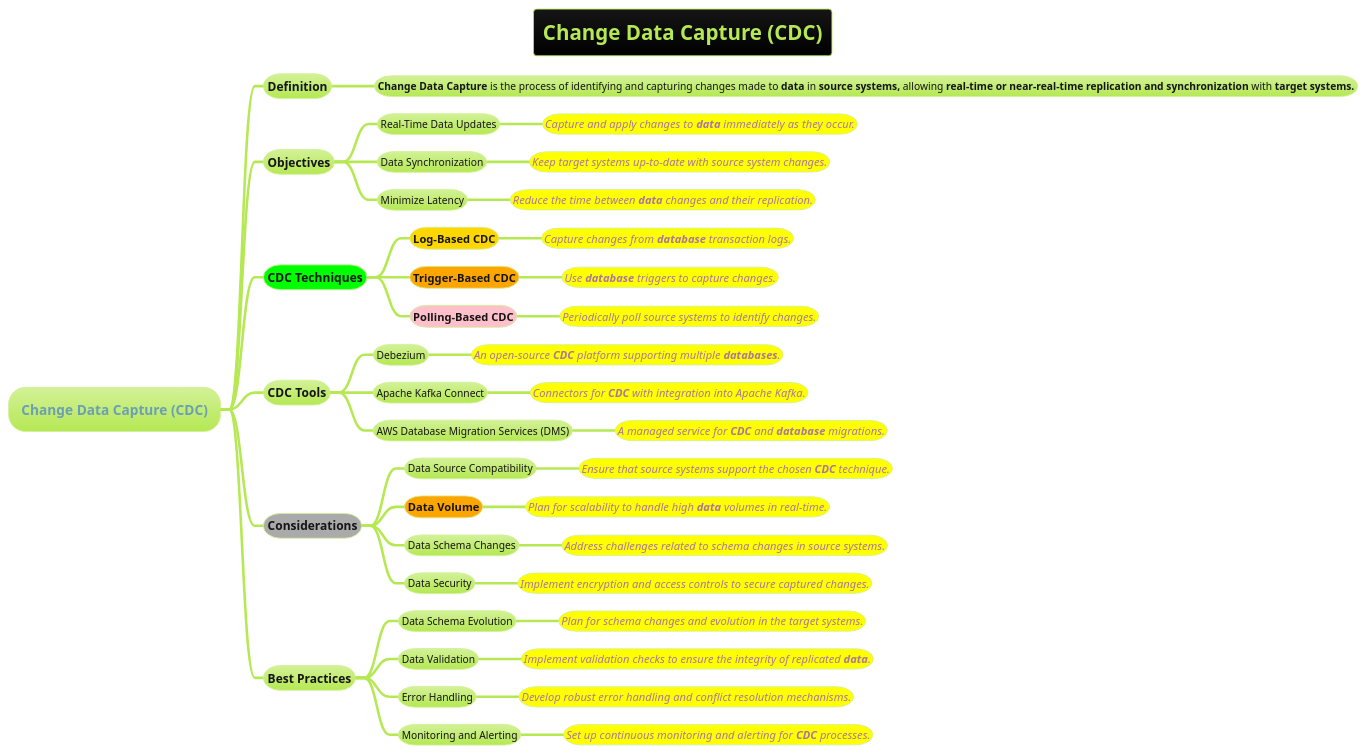
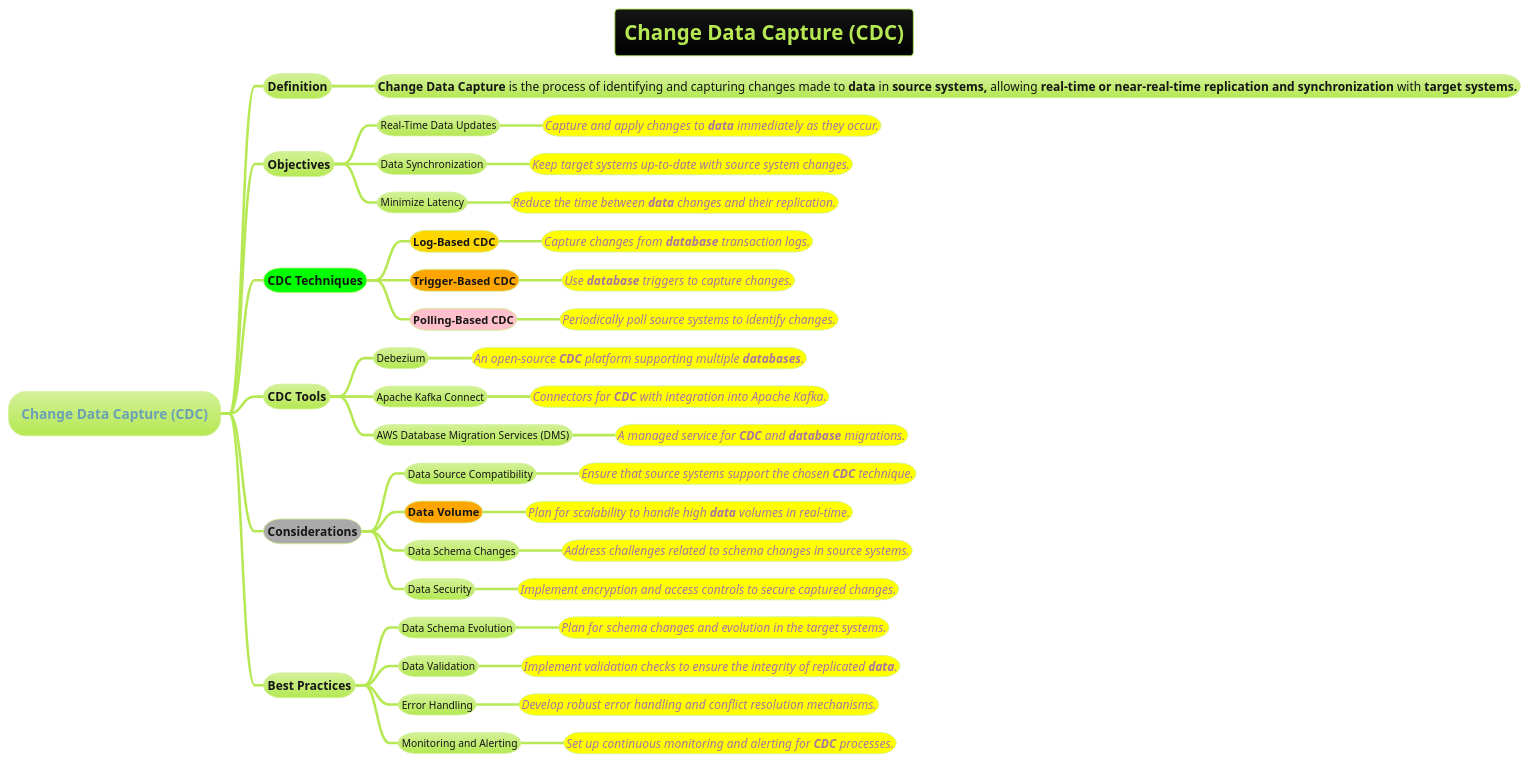
One commit to MehmoodHashmi/Documentation-as-Code-DaC changed the diagram in docs/AI-ML- DL-Data-Science-and-BigData/data-science/data-engineering/data-pipeline/Change-Data-Capture-(CDC).puml. Above: the diagram before and after it, drawn with PlantUML. The commit also changed 4 other files, not shown here.

```diff
--- a/docs/AI-ML- DL-Data-Science-and-BigData/data-science/data-engineering/data-pipeline/Change-Data-Capture-(CDC).puml
+++ b/docs/AI-ML- DL-Data-Science-and-BigData/data-science/data-engineering/data-pipeline/Change-Data-Capture-(CDC).puml
@@ -1,54 +1,54 @@
 @startmindmap
 title =Change Data Capture (CDC)
 !theme hacker
 
 * Change Data Capture (CDC)
 ** Definition
-*** **Change Data Capture** is the process of identifying and capturing changes made to **data** in **source systems,** allowing **real-time or near-real-time replication and synchronization** with **target systems.**
+*** <size:14>**Change Data Capture** is the process of identifying and capturing changes made to **data** in **source systems,** allowing **real-time or near-real-time replication and synchronization** with **target systems.**
 
 ** Objectives
 *** Real-Time Data Updates
-****[#yellow] ====<size:13>Capture and apply changes to **data** immediately as they occur.
+****[#yellow] ====<size:14>Capture and apply changes to **data** immediately as they occur.
 *** Data Synchronization
-****[#yellow] ====<size:13>Keep target systems up-to-date with source system changes.
+****[#yellow] ====<size:14>Keep target systems up-to-date with source system changes.
 *** Minimize Latency
-****[#yellow] ====<size:13>Reduce the time between **data** changes and their replication.
+****[#yellow] ====<size:14>Reduce the time between **data** changes and their replication.
 
 **[#lime] CDC Techniques
 ***[#gold] ===Log-Based CDC
-****[#yellow] ====<size:13>Capture changes from **database** transaction logs.
+****[#yellow] ====<size:14>Capture changes from **database** transaction logs.
 ***[#orange] ===Trigger-Based CDC
-****[#yellow] ====<size:13>Use **database** triggers to capture changes.
+****[#yellow] ====<size:14>Use **database** triggers to capture changes.
 ***[#pink] ===Polling-Based CDC
-****[#yellow] ====<size:13>Periodically poll source systems to identify changes.
+****[#yellow] ====<size:14>Periodically poll source systems to identify changes.
 
 ** CDC Tools
 *** Debezium
-****[#yellow] ====<size:13>An open-source **CDC** platform supporting multiple **databases**.
+****[#yellow] ====<size:14>An open-source **CDC** platform supporting multiple **databases**.
 *** Apache Kafka Connect
-****[#yellow] ====<size:13>Connectors for **CDC** with integration into Apache Kafka.
+****[#yellow] ====<size:14>Connectors for **CDC** with integration into Apache Kafka.
 *** AWS Database Migration Services (DMS)
-****[#yellow] ====<size:13>A managed service for **CDC** and **database** migrations.
+****[#yellow] ====<size:14>A managed service for **CDC** and **database** migrations.
 
 **[#a] Considerations
 *** Data Source Compatibility
-****[#yellow] ====<size:13>Ensure that source systems support the chosen **CDC** technique.
+****[#yellow] ====<size:14>Ensure that source systems support the chosen **CDC** technique.
 ***[#orange] ===Data Volume
-****[#yellow] ====<size:13>Plan for scalability to handle high **data** volumes in real-time.
+****[#yellow] ====<size:14>Plan for scalability to handle high **data** volumes in real-time.
 *** Data Schema Changes
-****[#yellow] ====<size:13>Address challenges related to schema changes in source systems.
+****[#yellow] ====<size:14>Address challenges related to schema changes in source systems.
 
 *** Data Security
-****[#yellow] ====<size:13>Implement encryption and access controls to secure captured changes.
+****[#yellow] ====<size:14>Implement encryption and access controls to secure captured changes.
 
 ** Best Practices
 *** Data Schema Evolution
-****[#yellow] ====<size:13>Plan for schema changes and evolution in the target systems.
+****[#yellow] ====<size:14>Plan for schema changes and evolution in the target systems.
 *** Data Validation
-****[#yellow] ====<size:13>Implement validation checks to ensure the integrity of replicated **data**.
+****[#yellow] ====<size:14>Implement validation checks to ensure the integrity of replicated **data**.
 *** Error Handling
-****[#yellow] ====<size:13>Develop robust error handling and conflict resolution mechanisms.
+****[#yellow] ====<size:14>Develop robust error handling and conflict resolution mechanisms.
 *** Monitoring and Alerting
-****[#yellow] ====<size:13>Set up continuous monitoring and alerting for **CDC** processes.
+****[#yellow] ====<size:14>Set up continuous monitoring and alerting for **CDC** processes.
 
 @endmindmap
```
